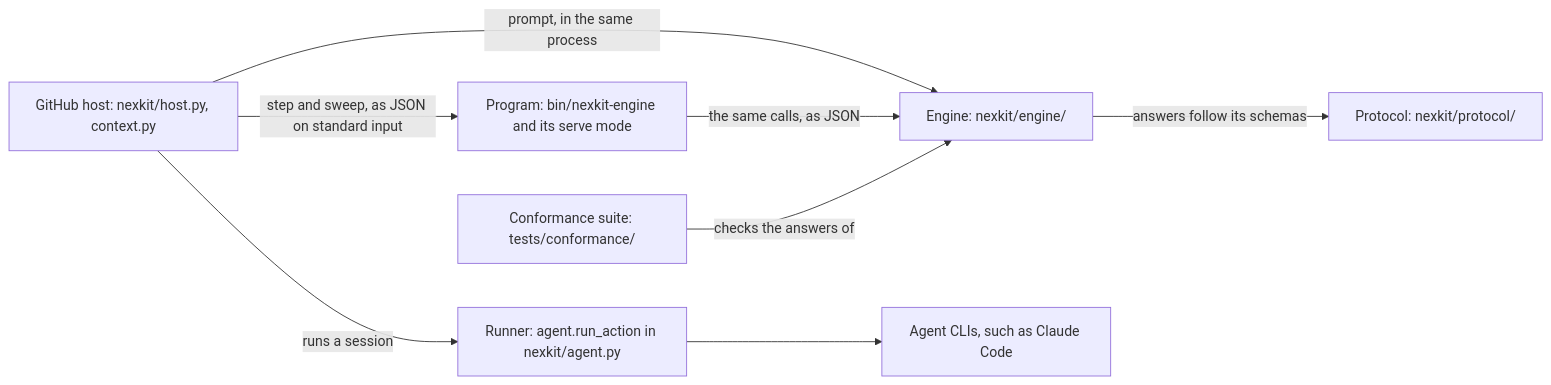
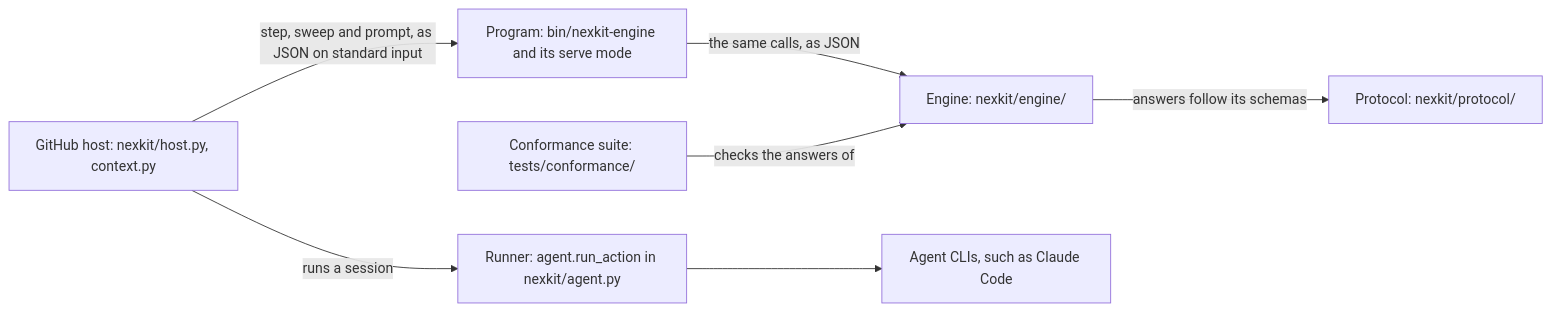
Before and after one commit to phuongnse/nexkit: the second of 2 diagrams in docs/architecture.md, drawn with Mermaid. The commit also changed other lines of this file and 5 other files, not shown here.

First line of the commit message:
The agent step gets each prompt from the nexkit-engine program (#798)

````diff
--- a/docs/architecture.md
+++ b/docs/architecture.md
@@ -168,18 +168,17 @@
 ```mermaid
 flowchart LR
     GitHub["GitHub host: nexkit/host.py, context.py"]
     Program["Program: bin/nexkit-engine and its serve mode"]
     Engine["Engine: nexkit/engine/"]
     Protocol["Protocol: nexkit/protocol/"]
     Runner["Runner: agent.run_action in nexkit/agent.py"]
     Agents["Agent CLIs, such as Claude Code"]
     Suite["Conformance suite: tests/conformance/"]
 
-    GitHub -->|"step and sweep, as JSON on standard input"| Program
-    GitHub -->|"prompt, in the same process"| Engine
+    GitHub -->|"step, sweep and prompt, as JSON on standard input"| Program
     Program -->|"the same calls, as JSON"| Engine
     Engine -->|"answers follow its schemas"| Protocol
     Suite -->|"checks the answers of"| Engine
     GitHub -->|"runs a session"| Runner
     Runner --> Agents
 ```
````
